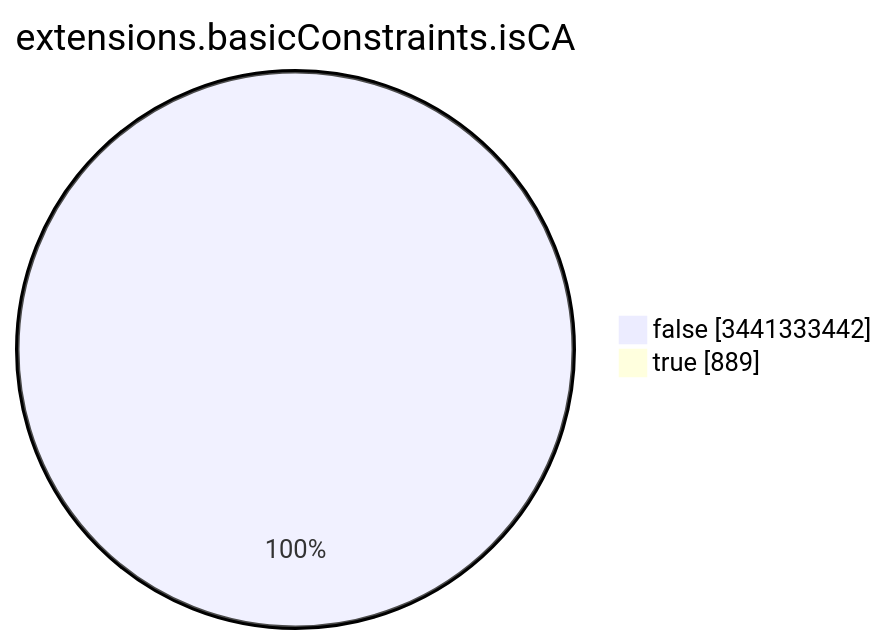
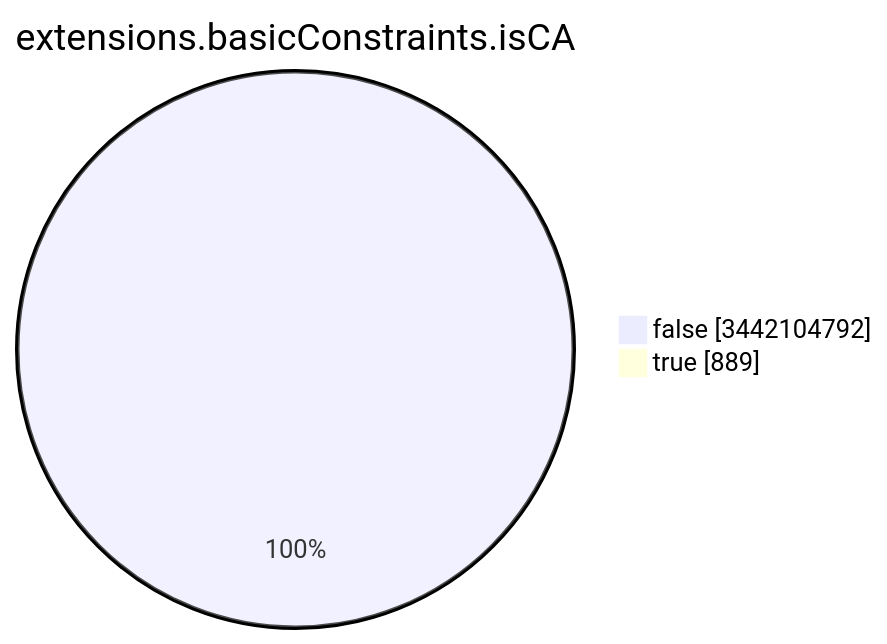
One commit to christiankrug/ctmonitor_visualization changed the seventh of 15 diagrams in TOTAL/README.md. Above: the diagram before and after it, drawn with Mermaid. The commit also changed other lines of this file, not shown here.

````diff
--- a/TOTAL/README.md
+++ b/TOTAL/README.md
@@ -3092,6 +3092,6 @@
 ```mermaid
 pie showData
 title extensions.basicConstraints.isCA
-"false" :3441333442
+"false" :3442104792
 "true" :889
 ```
````
